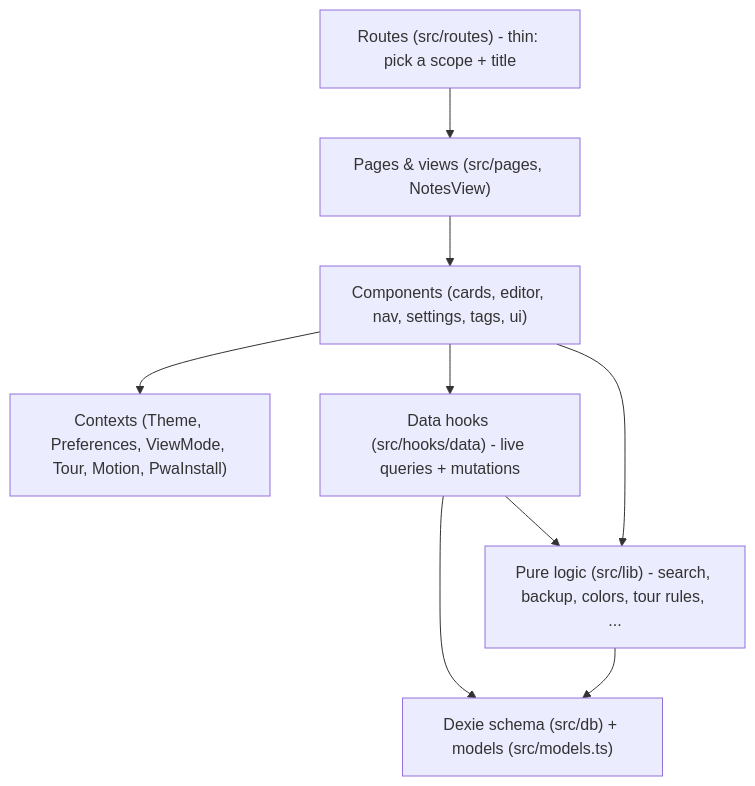
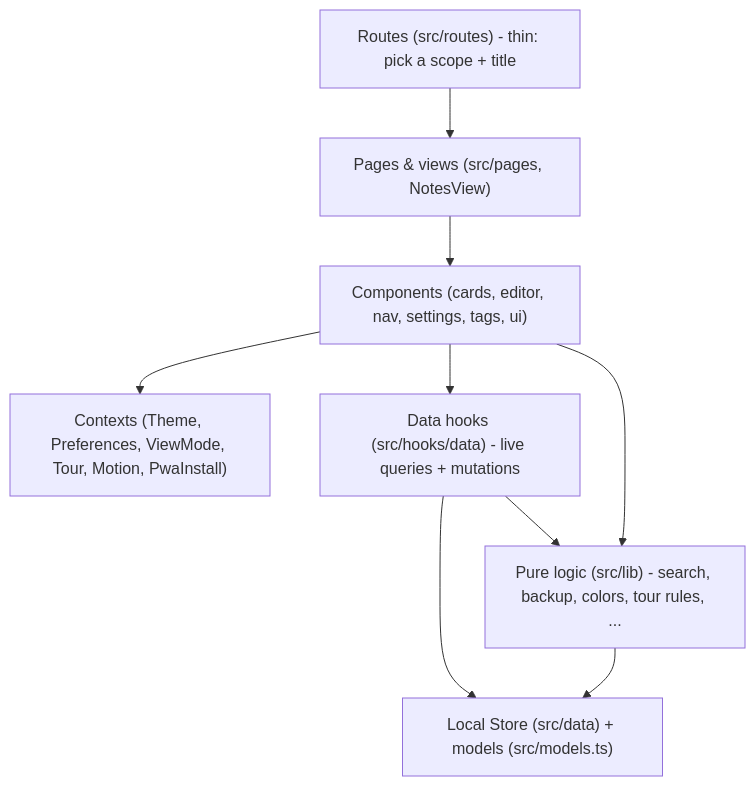
The second of 2 diagrams in docs/architecture/01-architecture.md (soukupj00/your-notes-fe), drawn with Mermaid before and after one commit. The commit also changed other lines of this file and 12 other files, not shown here.

Commit message:
[EDIT] Docs for the Local Store seam: src/data guide, bring-your-own-store, ADR 0001 amended

````diff
--- a/docs/architecture/01-architecture.md
+++ b/docs/architecture/01-architecture.md
@@ -34,17 +34,17 @@
 ```mermaid
 flowchart TD
     R["Routes (src/routes) - thin: pick a scope + title"]
     P["Pages & views (src/pages, NotesView)"]
     C["Components (cards, editor, nav, settings, tags, ui)"]
     X["Contexts (Theme, Preferences, ViewMode, Tour, Motion, PwaInstall)"]
     H["Data hooks (src/hooks/data) - live queries + mutations"]
     L["Pure logic (src/lib) - search, backup, colors, tour rules, ..."]
-    D["Dexie schema (src/db) + models (src/models.ts)"]
+    D["Local Store (src/data) + models (src/models.ts)"]
     R --> P --> C
     C --> X
     C --> H
     H --> D
     C --> L
     H --> L
     L --> D
 ```
````
